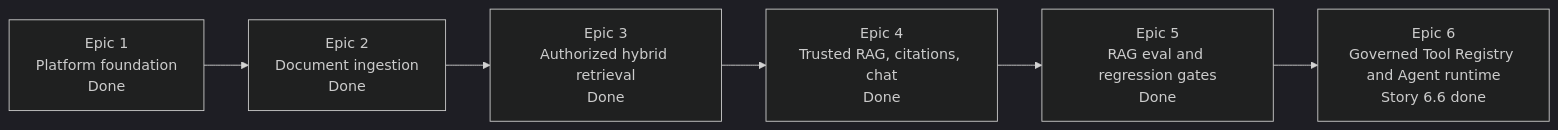
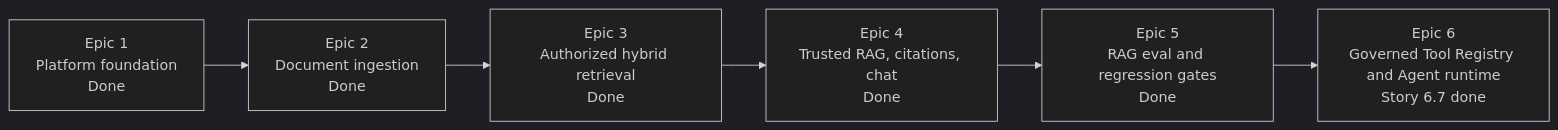
Before and after one commit to chyinan/AegisRAG: the first of 2 diagrams in README.md, drawn with Mermaid (dark theme). The commit also changed other lines of this file and 13 other files, not shown here.

````diff
--- a/README.md
+++ b/README.md
@@ -36,8 +38,8 @@
 ```mermaid
 flowchart LR
     E1["Epic 1\nPlatform foundation\nDone"] --> E2["Epic 2\nDocument ingestion\nDone"]
     E2 --> E3["Epic 3\nAuthorized hybrid retrieval\nDone"]
     E3 --> E4["Epic 4\nTrusted RAG, citations, chat\nDone"]
     E4 --> E5["Epic 5\nRAG eval and regression gates\nDone"]
-    E5 --> E6["Epic 6\nGoverned Tool Registry and Agent runtime\nStory 6.6 done"]
+    E5 --> E6["Epic 6\nGoverned Tool Registry and Agent runtime\nStory 6.7 done"]
 ```
````
